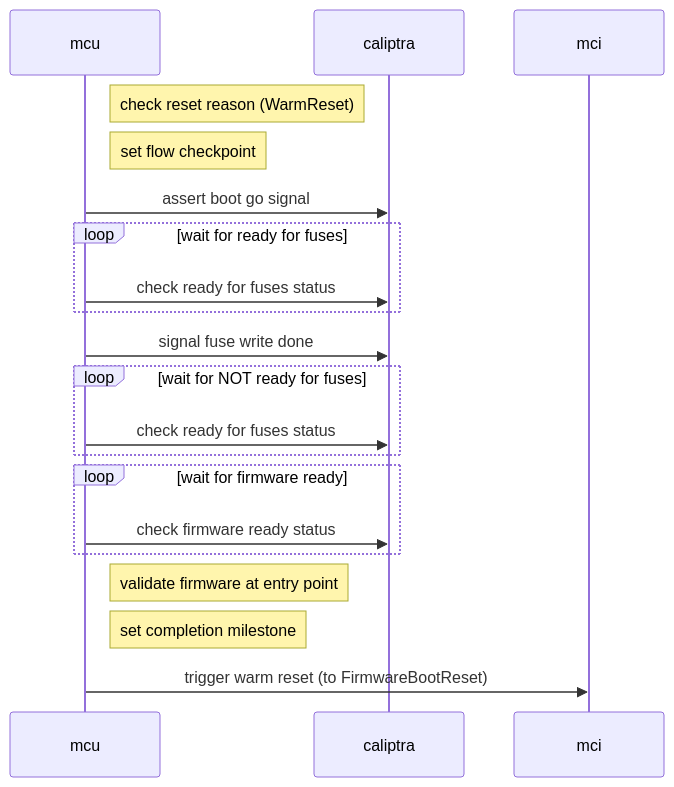
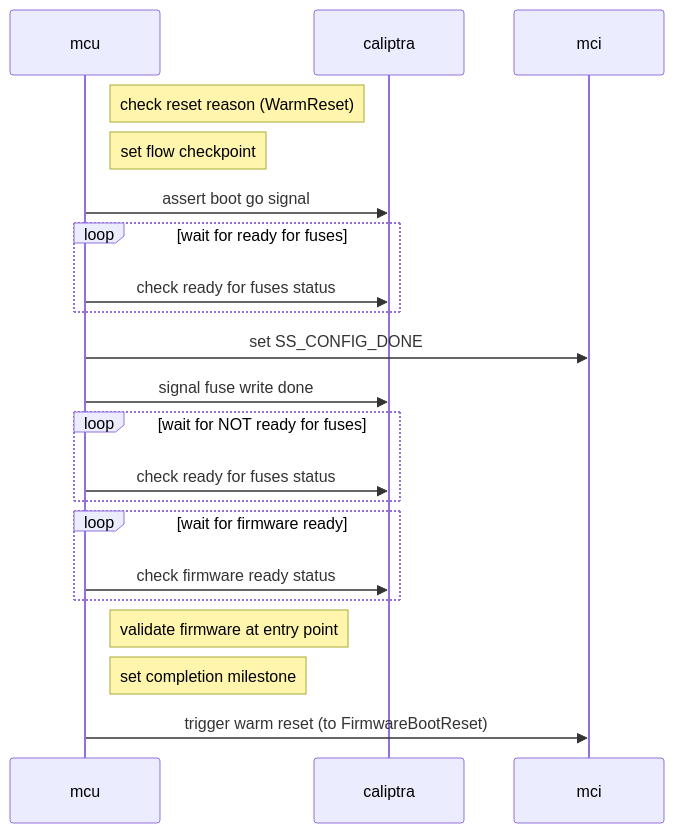
Before and after one commit to chipsalliance/caliptra-mcu-sw: the fourth of 4 diagrams in docs/src/rom.md, drawn with Mermaid. The commit also changed other lines of this file and 8 other files, not shown here.

First line of the commit message:
rom: Set ss_config_done_sticky, ss_config_done, prod debug unlock fuses, MCU mailbox users

````diff
--- a/docs/src/rom.md
+++ b/docs/src/rom.md
@@ -153,19 +163,20 @@
 ```mermaid
 sequenceDiagram
     note right of mcu: check reset reason (WarmReset)
     note right of mcu: set flow checkpoint
     mcu->>caliptra: assert boot go signal
     loop wait for ready for fuses
         mcu->>caliptra: check ready for fuses status
     end
+    mcu->>mci: set SS_CONFIG_DONE
     mcu->>caliptra: signal fuse write done
     loop wait for NOT ready for fuses
         mcu->>caliptra: check ready for fuses status
     end
     loop wait for firmware ready
         mcu->>caliptra: check firmware ready status
     end
     note right of mcu: validate firmware at entry point
     note right of mcu: set completion milestone
     mcu->>mci: trigger warm reset (to FirmwareBootReset)
 ```
````
